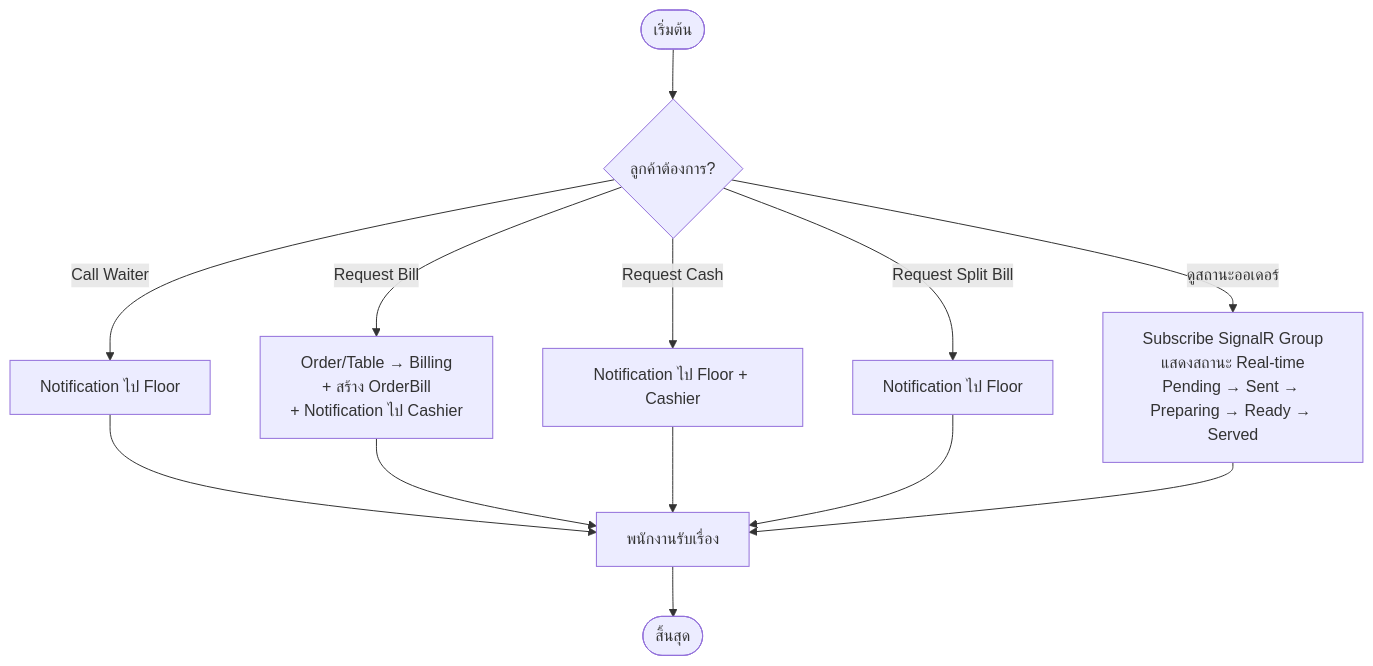
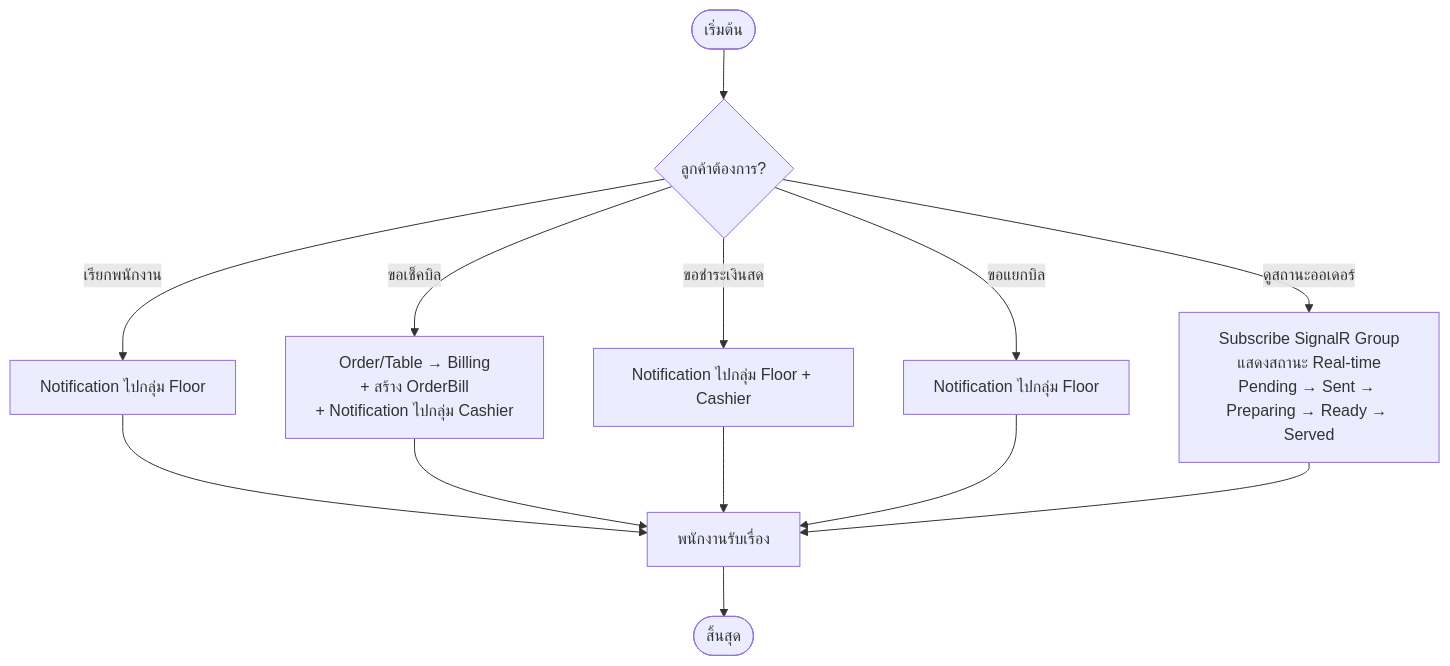
One commit to TurkPhakim/RBMS-POS-Website changed diagram 20 of 27 in doc/report/05-chapter-3-design.md. Above: the diagram before and after it, drawn with Mermaid. The commit also changed other lines of this file and 5 other files, not shown here.

````diff
--- a/doc/report/05-chapter-3-design.md
+++ b/doc/report/05-chapter-3-design.md
@@ -759,15 +752,15 @@
 ```mermaid
 flowchart TD
     Start([เริ่มต้น]) --> A{ลูกค้าต้องการ?}
-    A -- Call Waiter --> B[Notification ไป Floor]
-    A -- Request Bill --> C[Order/Table → Billing<br/>+ สร้าง OrderBill<br/>+ Notification ไป Cashier]
-    A -- Request Cash --> D[Notification ไป Floor + Cashier]
-    A -- Request Split Bill --> E[Notification ไป Floor]
+    A -- เรียกพนักงาน --> B[Notification ไปกลุ่ม Floor]
+    A -- ขอเช็คบิล --> C[Order/Table → Billing<br/>+ สร้าง OrderBill<br/>+ Notification ไปกลุ่ม Cashier]
+    A -- ขอชำระเงินสด --> D[Notification ไปกลุ่ม Floor + Cashier]
+    A -- ขอแยกบิล --> E[Notification ไปกลุ่ม Floor]
     A -- ดูสถานะออเดอร์ --> F[Subscribe SignalR Group<br/>แสดงสถานะ Real-time<br/>Pending → Sent → Preparing → Ready → Served]
     B --> G[พนักงานรับเรื่อง]
     C --> G
     D --> G
     E --> G
     F --> G
     G --> End([สิ้นสุด])
 ```
````
